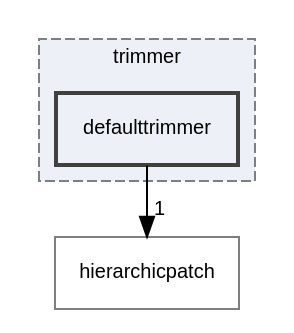
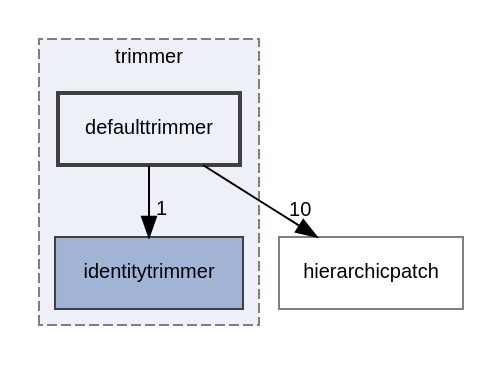
One commit to rath3t/dune-iga-doc changed the diagram in dir_265321845ed2650d675b22a94b62262d_dep.dot. Above: the diagram before and after it, drawn with Graphviz. The commit also changed 1468 other files, not shown here.

```diff
--- a/dir_265321845ed2650d675b22a94b62262d_dep.dot
+++ b/dir_265321845ed2650d675b22a94b62262d_dep.dot
@@ -1,13 +1,15 @@
 digraph "defaulttrimmer"
 {
  // LATEX_PDF_SIZE
   edge [fontname="Helvetica",fontsize="10",labelfontname="Helvetica",labelfontsize="10"];
   node [fontname="Helvetica",fontsize="10",shape=record];
   compound=true
   subgraph clusterdir_7d0c370ab440c4b4f78419bfc8c93eb8 {
     graph [ bgcolor="#edf0f7", pencolor="grey50", style="filled,dashed,", label="trimmer", fontname="Helvetica", fontsize="10", URL="dir_7d0c370ab440c4b4f78419bfc8c93eb8.html"]
+  dir_aa3557bd66a6784b3b9e663253e8d0ba [shape=box, label="identitytrimmer", style="filled,", fillcolor="#a2b4d6", color="grey25", URL="dir_aa3557bd66a6784b3b9e663253e8d0ba.html"];
   dir_265321845ed2650d675b22a94b62262d [shape=box, label="defaulttrimmer", style="filled,bold,", fillcolor="#edf0f7", color="grey25", URL="dir_265321845ed2650d675b22a94b62262d.html"];
   }
   dir_12fc9e68aad46ae2d80ba50ef1c96d76 [shape=box, label="hierarchicpatch", style="", fillcolor="#edf0f7", color="grey50", URL="dir_12fc9e68aad46ae2d80ba50ef1c96d76.html"];
-  dir_265321845ed2650d675b22a94b62262d->dir_12fc9e68aad46ae2d80ba50ef1c96d76 [headlabel="1", labeldistance=1.5 headhref="dir_000001_000007.html"];
+  dir_265321845ed2650d675b22a94b62262d->dir_12fc9e68aad46ae2d80ba50ef1c96d76 [headlabel="10", labeldistance=1.5 headhref="dir_000001_000007.html"];
+  dir_265321845ed2650d675b22a94b62262d->dir_aa3557bd66a6784b3b9e663253e8d0ba [headlabel="1", labeldistance=1.5 headhref="dir_000001_000009.html"];
 }
```
